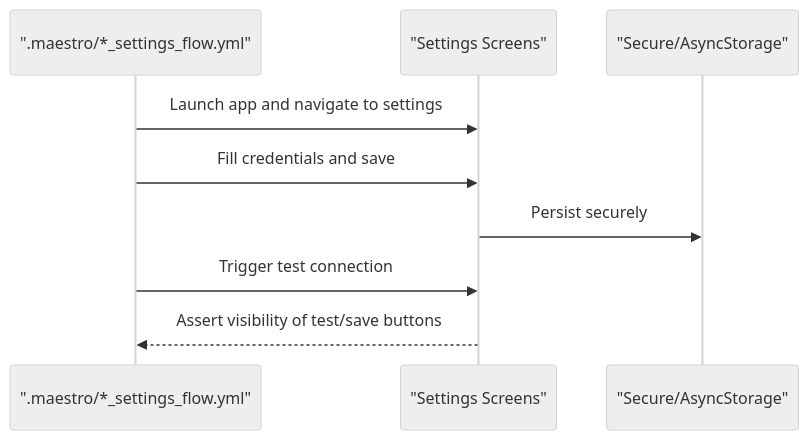
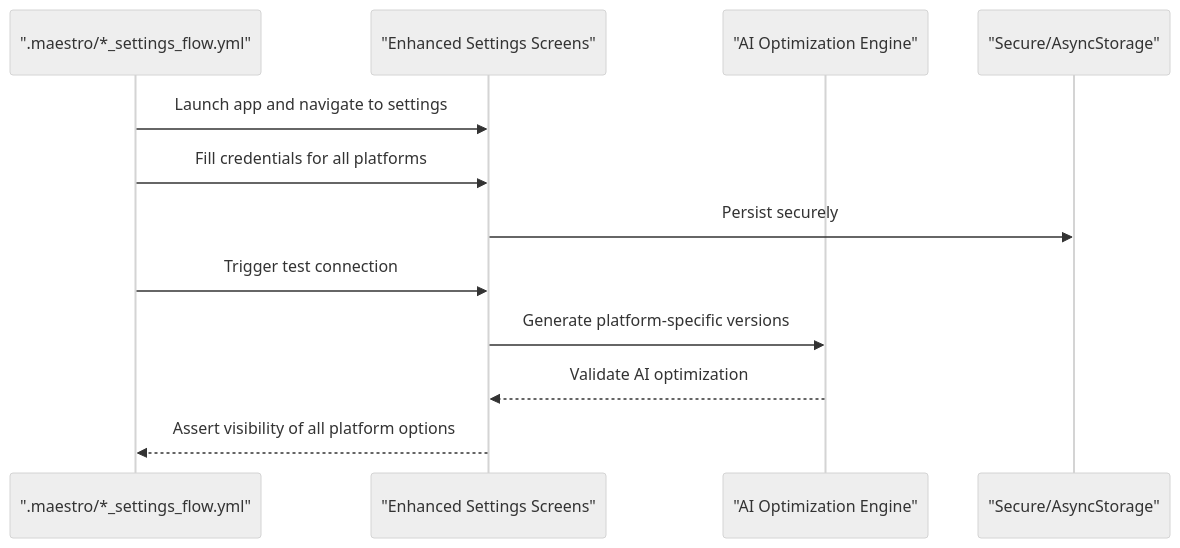
Diagram 11 of 11 in .qoder/repowiki/en/content/Marketplace Integration/Multi-Platform Publishing.md (hunglevi87/Hidden-Gem), drawn with Mermaid (neutral theme) before and after one commit. The commit also changed other lines of this file and 14 other files, not shown here.

````diff
--- a/.qoder/repowiki/en/content/Marketplace Integration/Multi-Platform Publishing.md
+++ b/.qoder/repowiki/en/content/Marketplace Integration/Multi-Platform Publishing.md
@@ -399,11 +581,14 @@
 ```mermaid
 sequenceDiagram
 participant Maestro as ".maestro/*_settings_flow.yml"
-participant UI as "Settings Screens"
+participant UI as "Enhanced Settings Screens"
+participant AI as "AI Optimization Engine"
 participant Storage as "Secure/AsyncStorage"
 Maestro->>UI : Launch app and navigate to settings
-Maestro->>UI : Fill credentials and save
+Maestro->>UI : Fill credentials for all platforms
 UI->>Storage : Persist securely
 Maestro->>UI : Trigger test connection
-UI-->>Maestro : Assert visibility of test/save buttons
+UI->>AI : Generate platform-specific versions
+AI-->>UI : Validate AI optimization
+UI-->>Maestro : Assert visibility of all platform options
 ```
````
